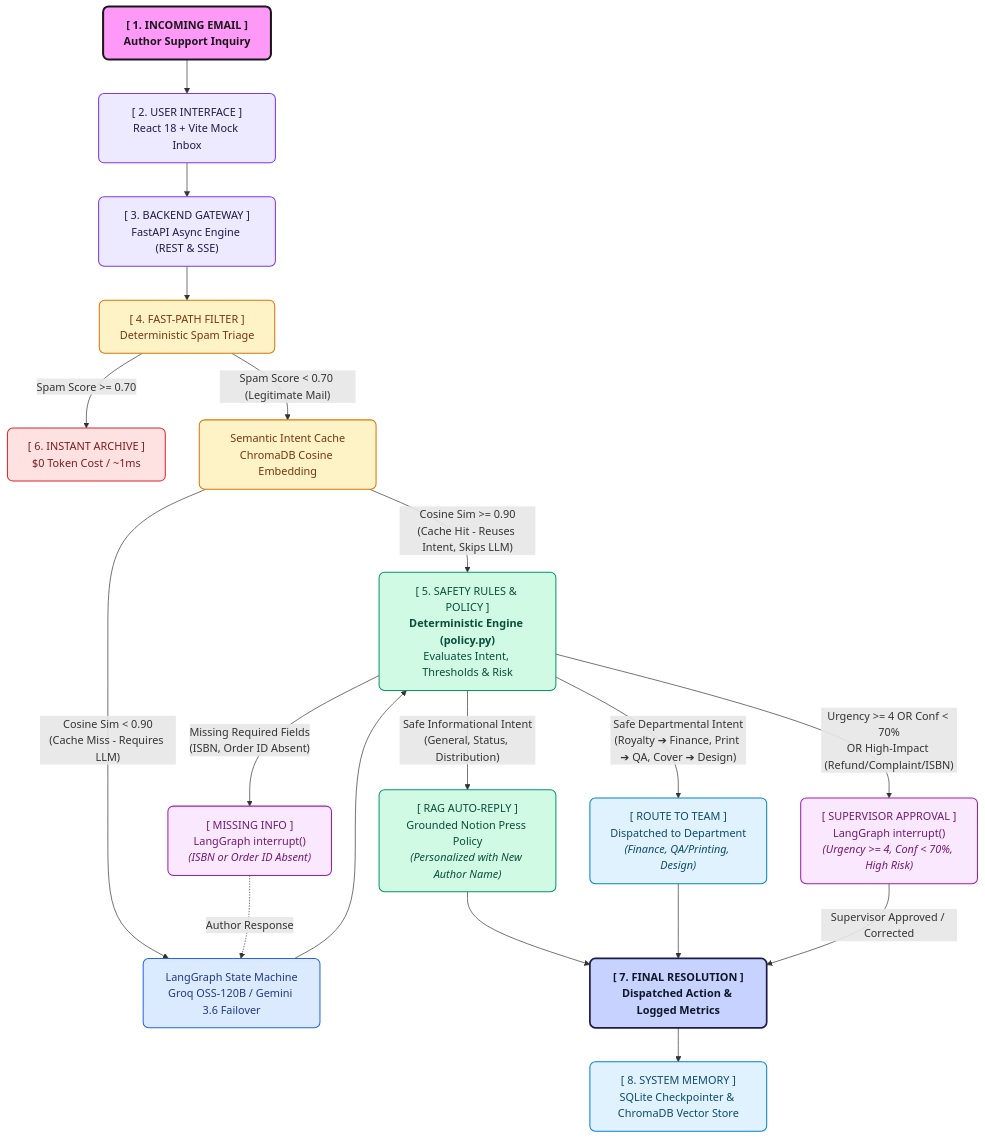
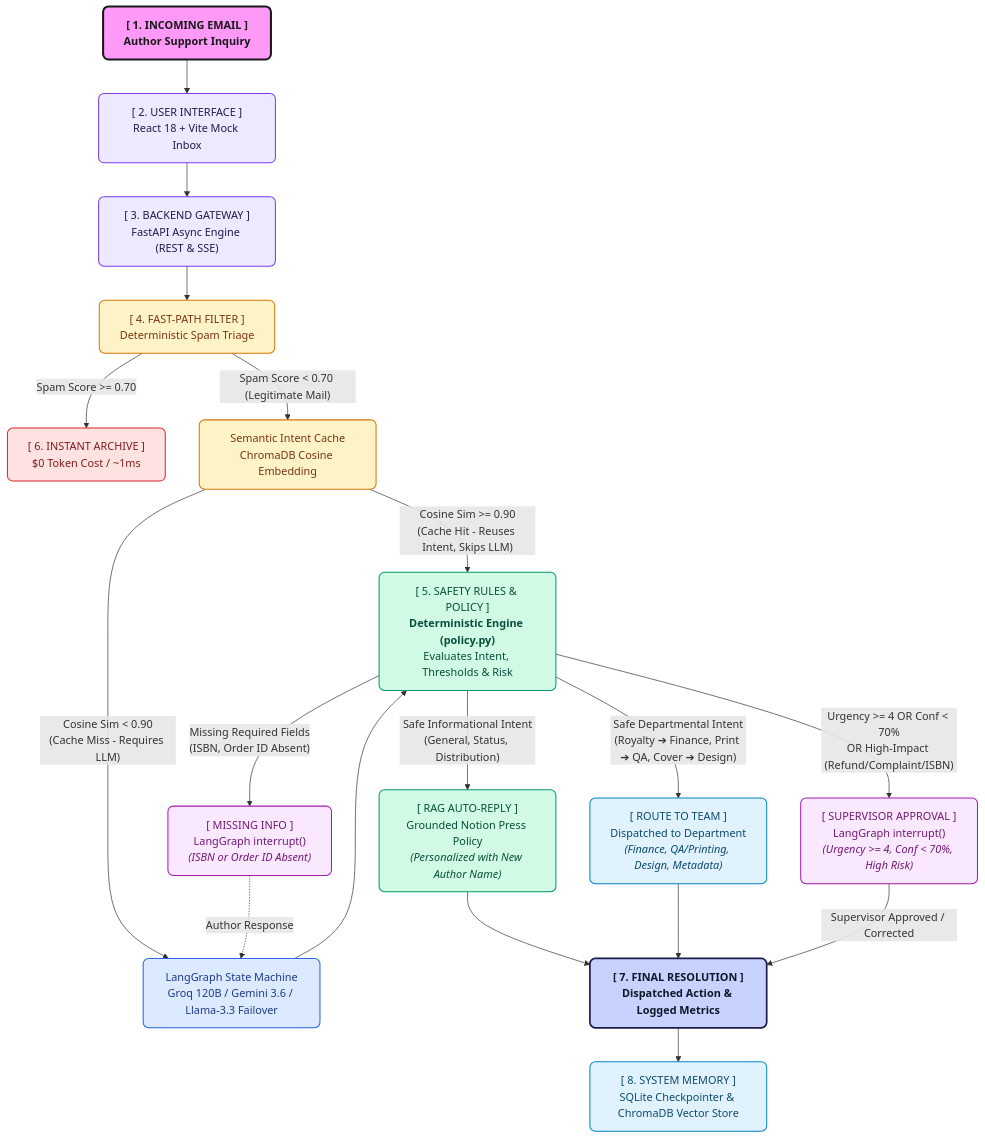
Before and after one commit to sharan1918/Notion-Press-POC: the diagram in README.md, drawn with Mermaid. The commit also changed other lines of this file and 2 other files, not shown here.

Commit message:
docs: update architecture specs for 3-tier failover and departmental routing

````diff
--- a/README.md
+++ b/README.md
@@ -11,57 +11,57 @@
 ```mermaid
 flowchart TD
     %% Styling Classes matching pastel boxed reference
     classDef rootBox fill:#ff99f7,stroke:#18181b,stroke-width:3px,color:#18181b,font-weight:bold,rx:8px,ry:8px;
     classDef lavenderBox fill:#ede9fe,stroke:#7c3aed,stroke-width:1.5px,color:#1e1b4b,font-weight:500,rx:8px,ry:8px;
     classDef blueBox fill:#dbeafe,stroke:#2563eb,stroke-width:1.5px,color:#1e3a8a,font-weight:500,rx:8px,ry:8px;
     classDef amberBox fill:#fef3c7,stroke:#d97706,stroke-width:1.5px,color:#78350f,font-weight:500,rx:8px,ry:8px;
     classDef greenBox fill:#d1fae5,stroke:#059669,stroke-width:1.5px,color:#064e3b,font-weight:500,rx:8px,ry:8px;
     classDef redBox fill:#fee2e2,stroke:#dc2626,stroke-width:1.5px,color:#7f1d1d,font-weight:500,rx:8px,ry:8px;
     classDef purpleBox fill:#fae8ff,stroke:#a21caf,stroke-width:1.5px,color:#701a75,font-weight:500,rx:8px,ry:8px;
     classDef cyanBox fill:#e0f2fe,stroke:#0284c7,stroke-width:1.5px,color:#0c4a6e,font-weight:500,rx:8px,ry:8px;
     classDef highlightBox fill:#c7d2fe,stroke:#1e1b4b,stroke-width:2.5px,color:#0f172a,font-weight:bold,rx:8px,ry:8px;
 
     ROOT["[ 1. INCOMING EMAIL ]<br/><b>Author Support Inquiry</b>"]:::rootBox
     UI["[ 2. USER INTERFACE ]<br/>React 18 + Vite Mock Inbox"]:::lavenderBox
     GATEWAY["[ 3. BACKEND GATEWAY ]<br/>FastAPI Async Engine (REST & SSE)"]:::lavenderBox
     SPAM_CHECK["[ 4. FAST-PATH FILTER ]<br/>Deterministic Spam Triage"]:::amberBox
     SPAM["[ 6. INSTANT ARCHIVE ]<br/>$0 Token Cost / ~1ms"]:::redBox
 
     CACHE_CHECK["Semantic Intent Cache<br/>ChromaDB Cosine Embedding"]:::amberBox
 
-    AI["LangGraph State Machine<br/>Groq OSS-120B / Gemini 3.6 Failover"]:::blueBox
+    AI["LangGraph State Machine<br/>Groq 120B / Gemini 3.6 / Llama-3.3 Failover"]:::blueBox
 
     GUARD["[ 5. SAFETY RULES & POLICY ]<br/><b>Deterministic Engine (policy.py)</b><br/>Evaluates Intent, Thresholds & Risk"]:::greenBox
 
     RAG_REPLY["[ RAG AUTO-REPLY ]<br/>Grounded Notion Press Policy<br/><i>(Personalized with New Author Name)</i>"]:::greenBox
-    TEAM_ROUTE["[ ROUTE TO TEAM ]<br/>Dispatched to Department<br/><i>(Finance, QA/Printing, Design)</i>"]:::cyanBox
+    TEAM_ROUTE["[ ROUTE TO TEAM ]<br/>Dispatched to Department<br/><i>(Finance, QA/Printing, Design, Metadata)</i>"]:::cyanBox
     NEED_INFO["[ MISSING INFO ]<br/>LangGraph interrupt()<br/><i>(ISBN or Order ID Absent)</i>"]:::purpleBox
     HITL["[ SUPERVISOR APPROVAL ]<br/>LangGraph interrupt()<br/><i>(Urgency &gt;= 4, Conf &lt; 70%, High Risk)</i>"]:::purpleBox
 
     RESOLUTION["[ 7. FINAL RESOLUTION ]<br/>Dispatched Action & Logged Metrics"]:::highlightBox
     MEMORY["[ 8. SYSTEM MEMORY ]<br/>SQLite Checkpointer & ChromaDB Vector Store"]:::cyanBox
 
     ROOT --> UI
     UI --> GATEWAY
     GATEWAY --> SPAM_CHECK
 
     SPAM_CHECK -->|"Spam Score &gt;= 0.70"| SPAM
     SPAM_CHECK -->|"Spam Score &lt; 0.70 (Legitimate Mail)"| CACHE_CHECK
 
     CACHE_CHECK -->|"Cosine Sim &gt;= 0.90<br/>(Cache Hit - Reuses Intent, Skips LLM)"| GUARD
     CACHE_CHECK -->|"Cosine Sim &lt; 0.90<br/>(Cache Miss - Requires LLM)"| AI
 
     AI --> GUARD
 
     GUARD -->|"Missing Required Fields<br/>(ISBN, Order ID Absent)"| NEED_INFO
     GUARD -->|"Urgency &gt;= 4 OR Conf &lt; 70%<br/>OR High-Impact (Refund/Complaint/ISBN)"| HITL
     GUARD -->|"Safe Informational Intent<br/>(General, Status, Distribution)"| RAG_REPLY
     GUARD -->|"Safe Departmental Intent<br/>(Royalty ➔ Finance, Print ➔ QA, Cover ➔ Design)"| TEAM_ROUTE
 
     RAG_REPLY --> RESOLUTION
     TEAM_ROUTE --> RESOLUTION
     NEED_INFO -.->|Author Response| AI
     HITL -->|Supervisor Approved / Corrected| RESOLUTION
 
     RESOLUTION --> MEMORY
 ```
````
